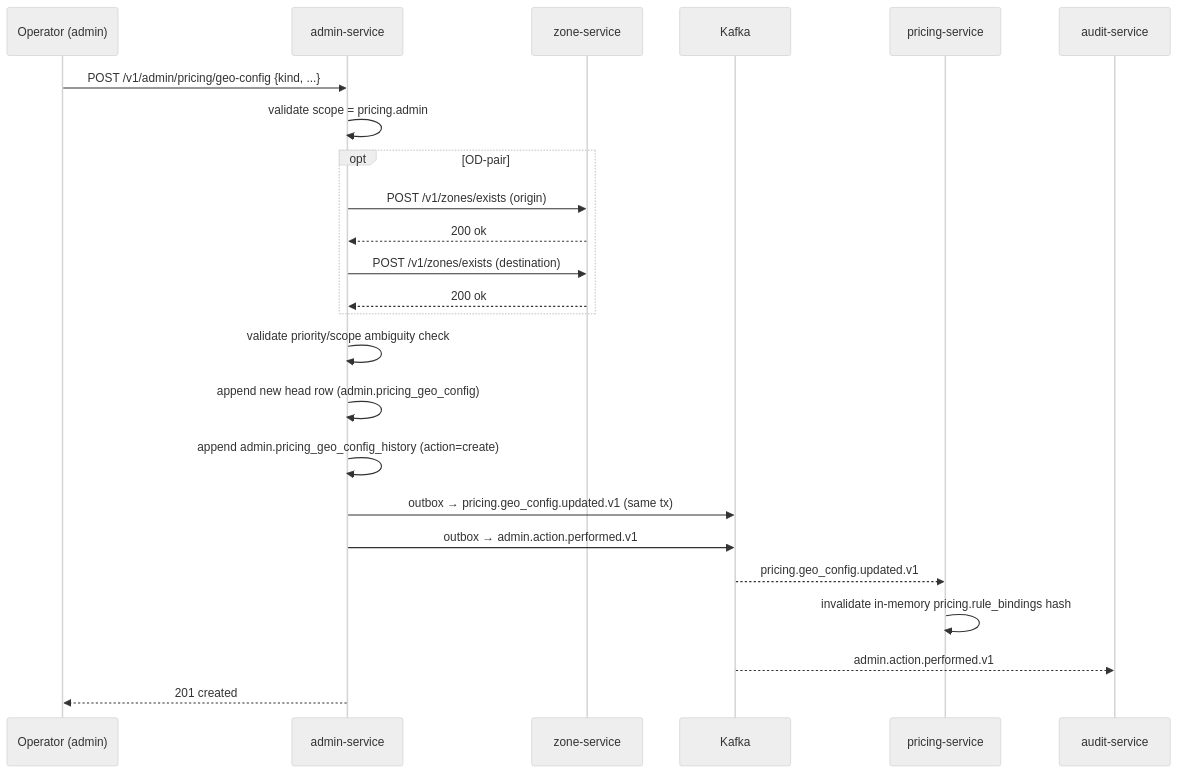
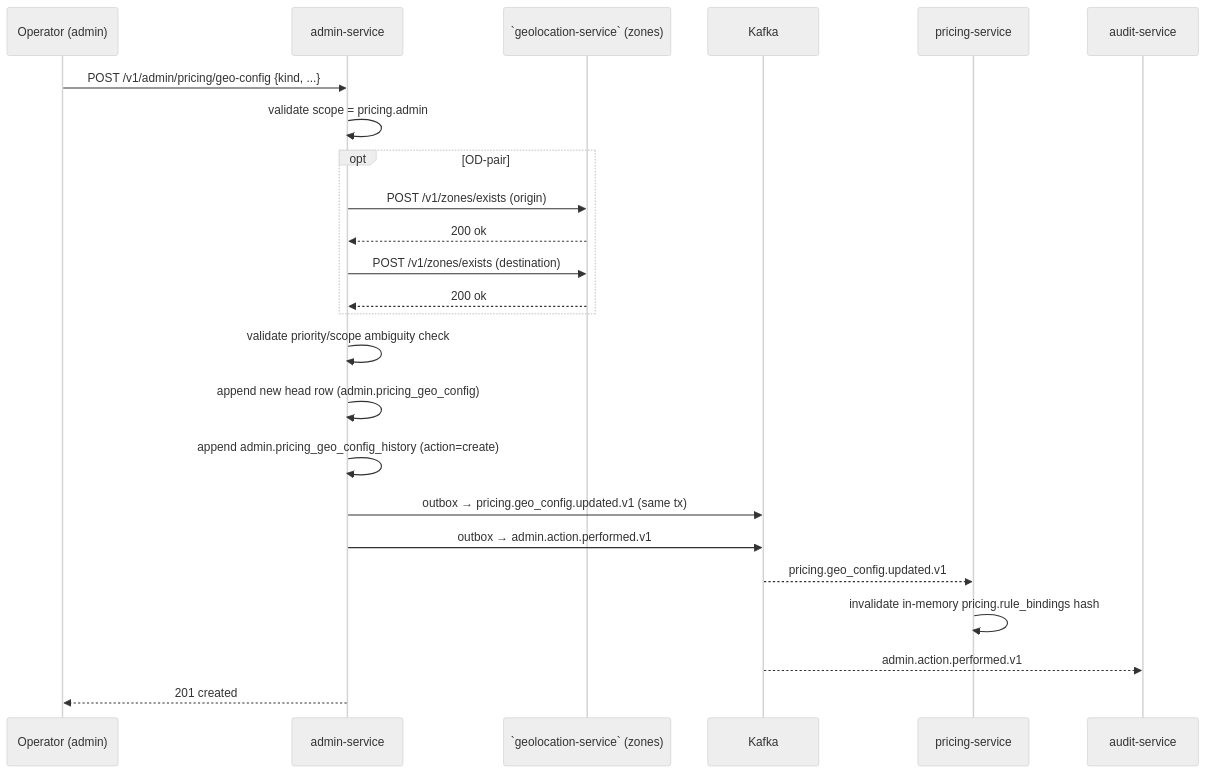
Before and after one commit to mohamedhabibwork/trips-enjoy-docs: the fifth of 5 diagrams in docs/services/admin-service/WORKFLOWS.md, drawn with Mermaid (neutral theme). The commit also changed other lines of this file and 525 other files, not shown here.

````diff
--- a/docs/services/admin-service/WORKFLOWS.md
+++ b/docs/services/admin-service/WORKFLOWS.md
@@ -347,27 +347,27 @@
 ```mermaid
 sequenceDiagram
     participant OP as Operator (admin)
     participant ADM as admin-service
-    participant ZS as zone-service
+    participant ZS as `geolocation-service` (zones)
     participant K as Kafka
     participant PRC as pricing-service
     participant AUD as audit-service
 
     OP->>ADM: POST /v1/admin/pricing/geo-config {kind, ...}
     ADM->>ADM: validate scope = pricing.admin
     opt OD-pair
         ADM->>ZS: POST /v1/zones/exists (origin)
         ZS-->>ADM: 200 ok
         ADM->>ZS: POST /v1/zones/exists (destination)
         ZS-->>ADM: 200 ok
     end
     ADM->>ADM: validate priority/scope ambiguity check
     ADM->>ADM: append new head row (admin.pricing_geo_config)
     ADM->>ADM: append admin.pricing_geo_config_history (action=create)
     ADM->>K: outbox → pricing.geo_config.updated.v1 (same tx)
     ADM->>K: outbox → admin.action.performed.v1
     K-->>PRC: pricing.geo_config.updated.v1
     PRC->>PRC: invalidate in-memory pricing.rule_bindings hash
     K-->>AUD: admin.action.performed.v1
     ADM-->>OP: 201 created
 ```
````
